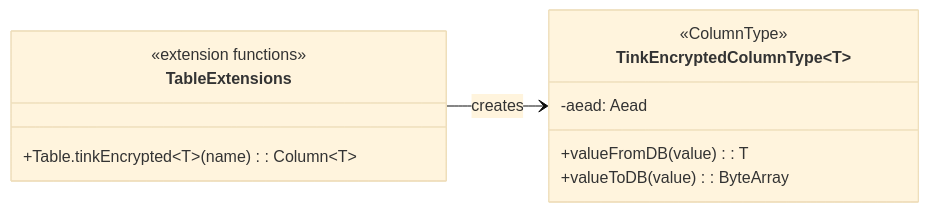
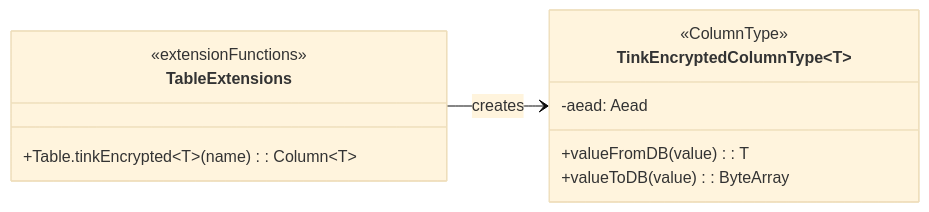
The first of 5 diagrams in data/exposed-tink/README.md (bluetape4k/bluetape4k-projects), drawn with Mermaid (base theme) before and after one commit. The commit also changed other lines of this file and 95 other files, not shown here.

First line of the commit message:
docs: Mermaid 파서 오류 전체 수정 (IntelliJ IDEA 호환)

````diff
--- a/data/exposed-tink/README.md
+++ b/data/exposed-tink/README.md
@@ -214,20 +214,16 @@
 ```mermaid
 classDiagram
     direction LR
     class TinkEncryptedColumnType~T~ {
         <<ColumnType>>
         -aead: Aead
         +valueFromDB(value): T
         +valueToDB(value): ByteArray
     }
     class TableExtensions {
-        <<extension functions>>
+        <<extensionFunctions>>
         +Table.tinkEncrypted~T~(name): Column~T~
     }
     TableExtensions --> TinkEncryptedColumnType : creates
 
-    classDef tableStyle fill:#9C27B0
-    classDef serviceStyle fill:#4CAF50
-    class TinkEncryptedColumnType:::tableStyle
-    class TableExtensions:::serviceStyle
 ```
````
